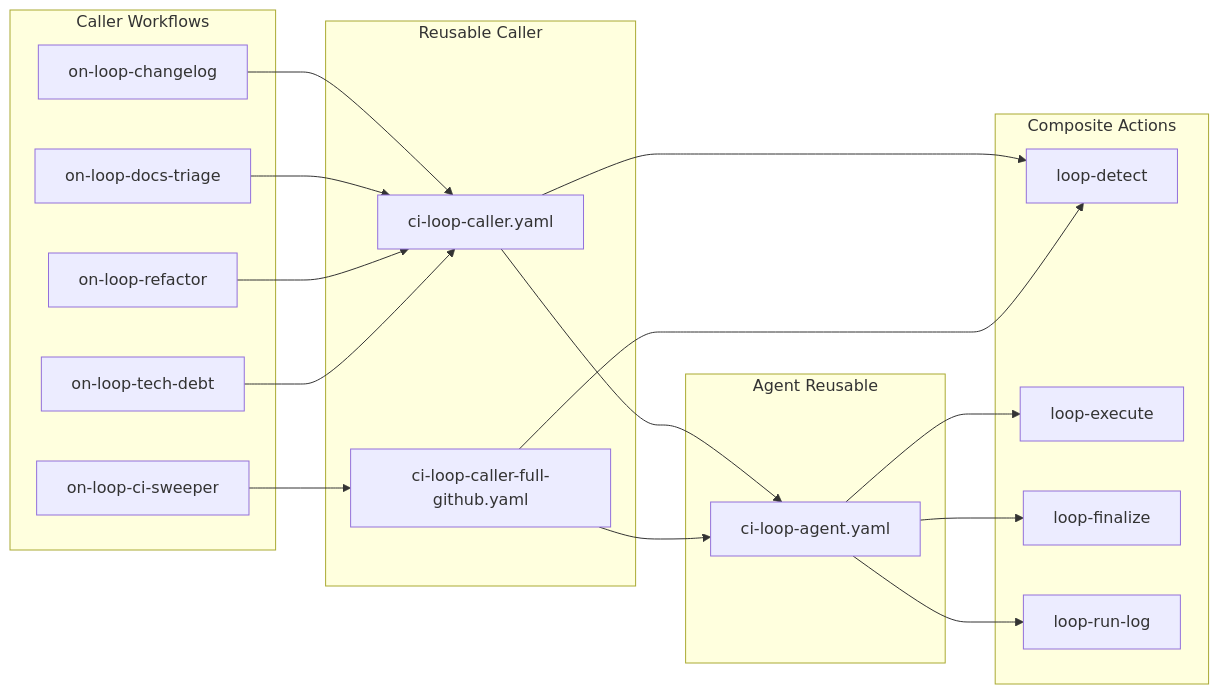
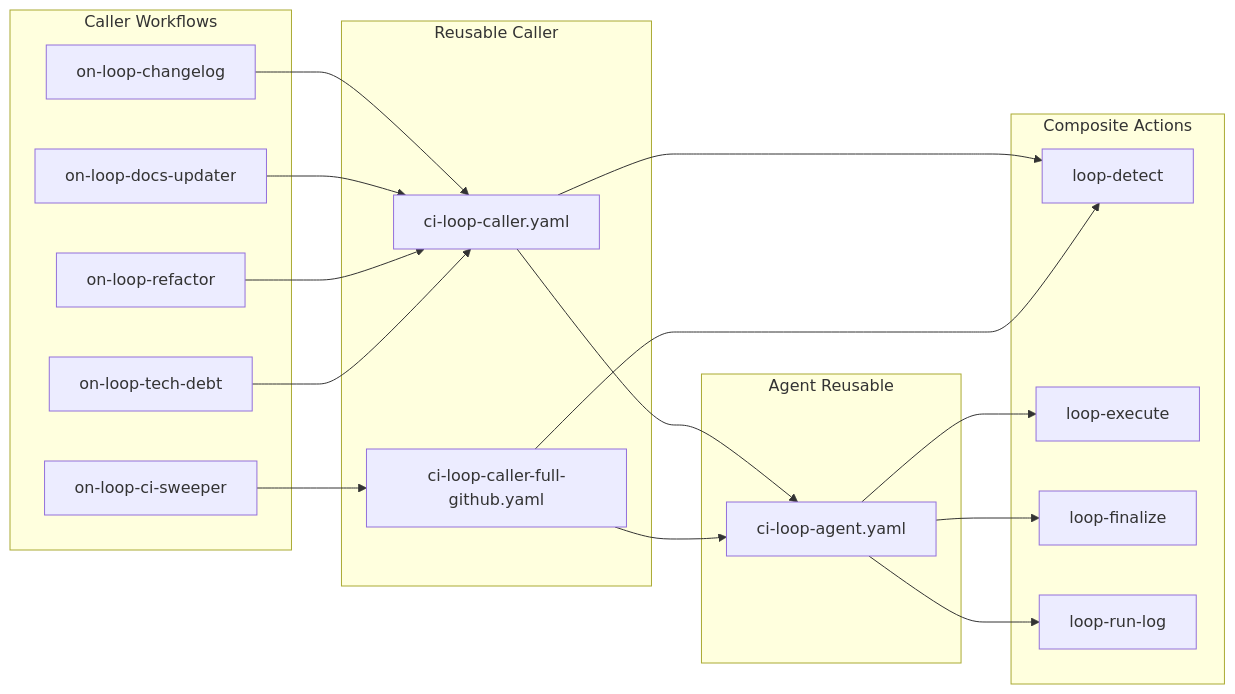
One commit to y-miyazaki/config changed the second of 3 diagrams in docs/explanation/loop-engineering/loop-engineering-design.md. Above: the diagram before and after it, drawn with Mermaid. The commit also changed other lines of this file and 91 other files, not shown here.

````diff
--- a/docs/explanation/loop-engineering/loop-engineering-design.md
+++ b/docs/explanation/loop-engineering/loop-engineering-design.md
@@ -271,39 +271,39 @@
 ```mermaid
 graph LR
     subgraph callers["Caller Workflows"]
         CW1[on-loop-changelog]
-        CW2[on-loop-docs-triage]
+        CW2[on-loop-docs-updater]
         CW3[on-loop-ci-sweeper]
         CW4[on-loop-refactor]
         CW5[on-loop-tech-debt]
     end
 
     subgraph caller_reusable["Reusable Caller"]
         RC1[ci-loop-caller.yaml]
         RC2[ci-loop-caller-full-github.yaml]
     end
 
     subgraph agent_reusable["Agent Reusable"]
         RW1[ci-loop-agent.yaml]
     end
 
     subgraph actions["Composite Actions"]
         CA0[loop-detect]
         CA2[loop-execute]
         CA3[loop-finalize]
         CA10[loop-run-log]
     end
 
     CW1 --> RC1
     CW2 --> RC1
     CW4 --> RC1
     CW5 --> RC1
     CW3 --> RC2
     RC1 --> CA0
     RC2 --> CA0
     RC1 --> RW1
     RC2 --> RW1
     RW1 --> CA2
     RW1 --> CA3
     RW1 --> CA10
 ```
````
